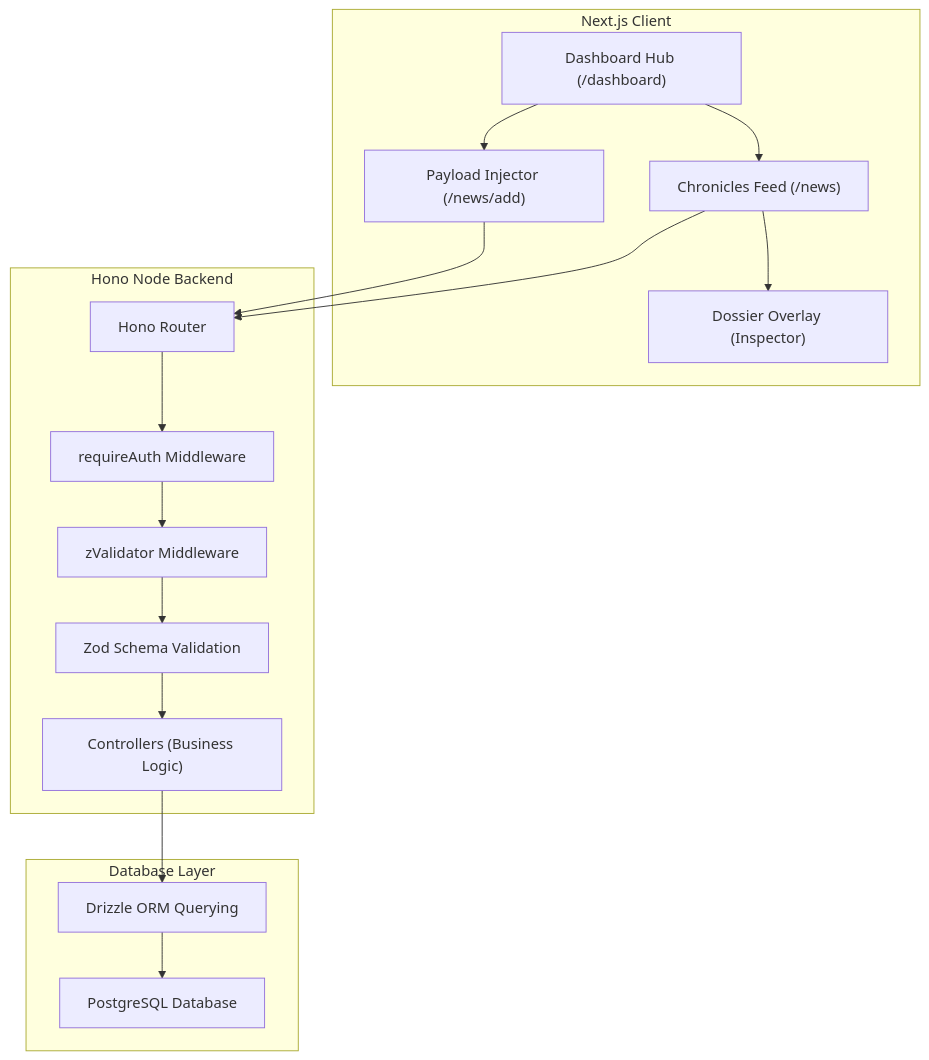
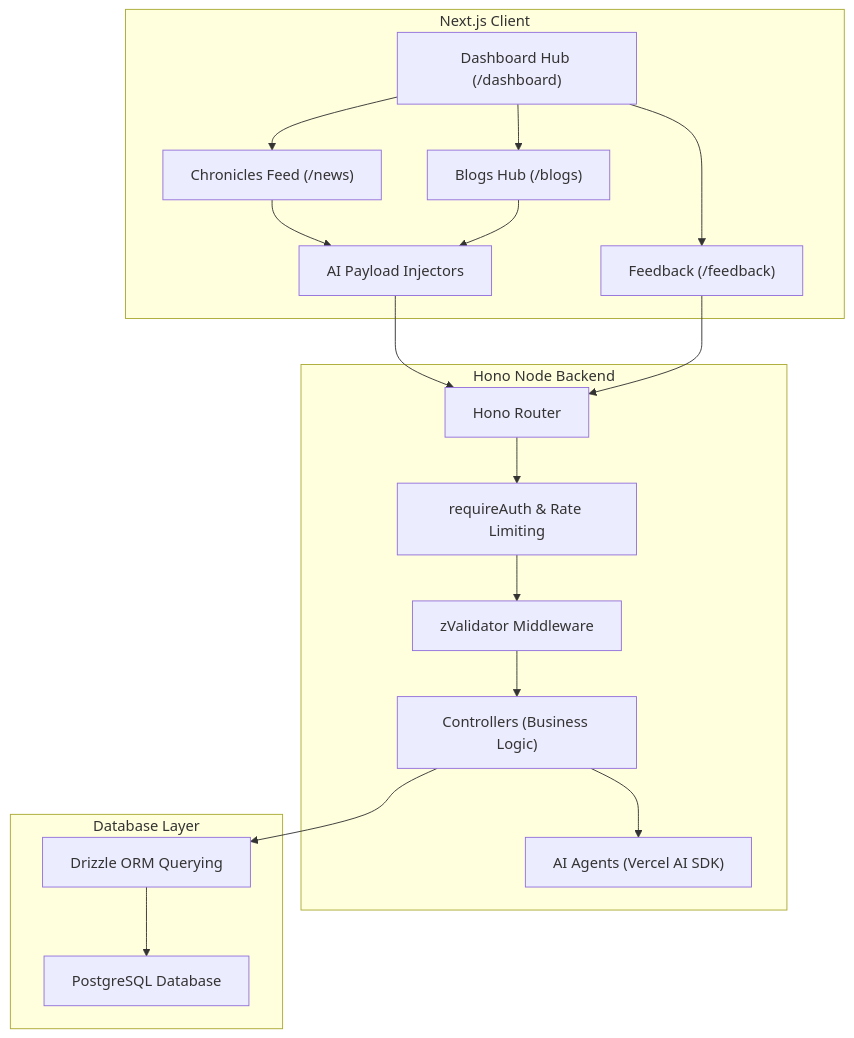
Before and after one commit to phaneesh29/news: the diagram in adminApp/README.md, drawn with Mermaid. The commit also changed other lines of this file and 2 other files, not shown here.

````diff
--- a/adminApp/README.md
+++ b/adminApp/README.md
@@ -58,22 +59,23 @@
 ```mermaid
 graph TD
     subgraph Client [Next.js Client]
         A["Dashboard Hub (/dashboard)"] --> B["Chronicles Feed (/news)"]
-        A --> C["Payload Injector (/news/add)"]
-        B --> D["Dossier Overlay (Inspector)"]
+        A --> C["Blogs Hub (/blogs)"]
+        A --> D["Feedback (/feedback)"]
+        B & C --> E["AI Payload Injectors"]
     end
 
     subgraph Server [Hono Node Backend]
-        E["Hono Router"] --> F["requireAuth Middleware"]
-        F --> G["zValidator Middleware"]
-        G --> H["Zod Schema Validation"]
+        F["Hono Router"] --> G["requireAuth & Rate Limiting"]
+        G --> H["zValidator Middleware"]
         H --> I["Controllers (Business Logic)"]
+        I --> J["AI Agents (Vercel AI SDK)"]
     end
 
     subgraph Data [Database Layer]
-        I --> J["Drizzle ORM Querying"]
-        J --> K["PostgreSQL Database"]
+        I --> K["Drizzle ORM Querying"]
+        K --> L["PostgreSQL Database"]
     end
 
-    B & C --> E
+    E & D --> F
 ```
````
